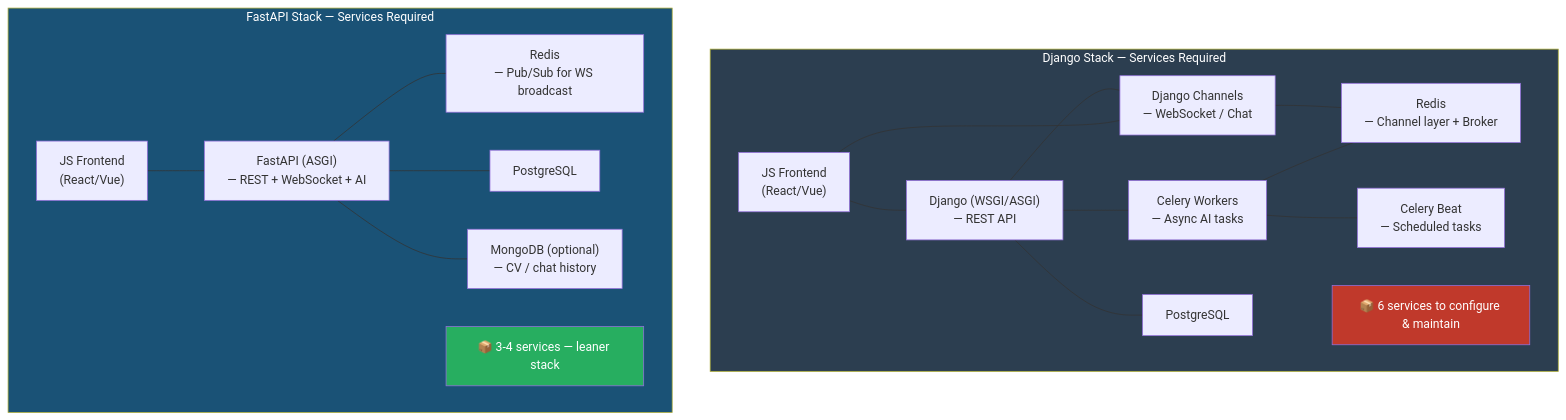
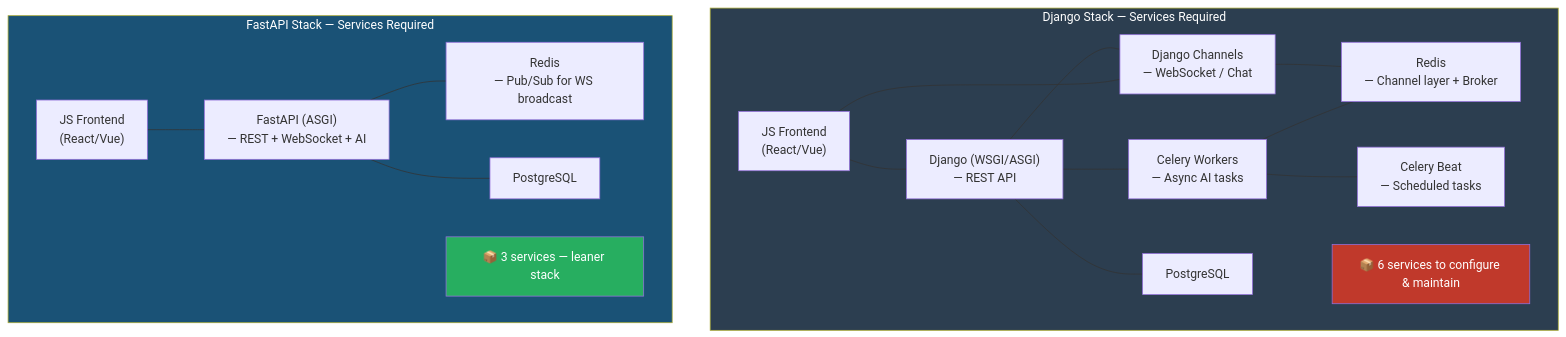
Before and after one commit to moad-cher/PFE: diagram 11 of 18 in docs/Conception/draft.md, drawn with Mermaid. The commit also changed other lines of this file and 3978 other files, not shown here.

````diff
--- a/docs/Conception/draft.md
+++ b/docs/Conception/draft.md
@@ -357,39 +353,37 @@
 ```mermaid
 graph TD
     subgraph DjangoStack["Django Stack — Services Required"]
         DS1["Django (WSGI/ASGI)<br>— REST API"]
         DS2["Django Channels<br>— WebSocket / Chat"]
         DS3["Celery Workers<br>— Async AI tasks"]
         DS4["Celery Beat<br>— Scheduled tasks"]
         DS5["Redis<br>— Channel layer + Broker"]
         DS6["PostgreSQL"]
         DS7["JS Frontend<br>(React/Vue)"]
         DS1 --- DS2
         DS2 --- DS5
         DS1 --- DS3
         DS3 --- DS5
         DS3 --- DS4
         DS1 --- DS6
         DS7 --- DS1
         DS7 --- DS2
         COUNT_D["📦 6 services to configure & maintain"]
     end
 
     subgraph FastAPIStack["FastAPI Stack — Services Required"]
         FS1["FastAPI (ASGI)<br>— REST + WebSocket + AI"]
         FS2["Redis<br>— Pub/Sub for WS broadcast"]
         FS3["PostgreSQL"]
-        FS4["MongoDB (optional)<br>— CV / chat history"]
-        FS5["JS Frontend<br>(React/Vue)"]
+        FS4["JS Frontend<br>(React/Vue)"]
         FS1 --- FS2
         FS1 --- FS3
-        FS1 --- FS4
-        FS5 --- FS1
-        COUNT_F["📦 3-4 services — leaner stack"]
+        FS4 --- FS1
+        COUNT_F["📦 3 services — leaner stack"]
     end
 
     style DjangoStack fill:#2c3e50,color:#fff
     style FastAPIStack fill:#1a5276,color:#fff
     style COUNT_D fill:#c0392b,color:#fff
     style COUNT_F fill:#27ae60,color:#fff
 ```
````
